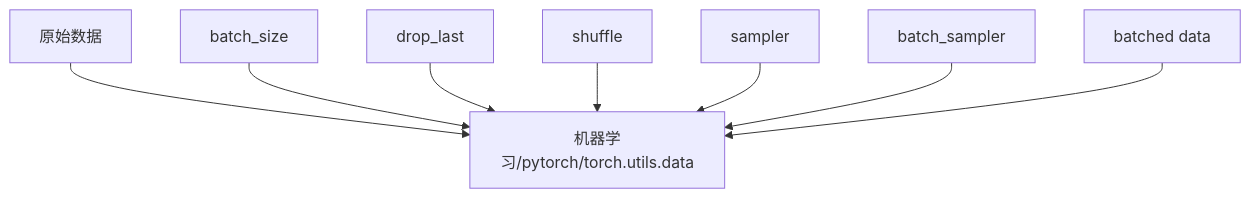
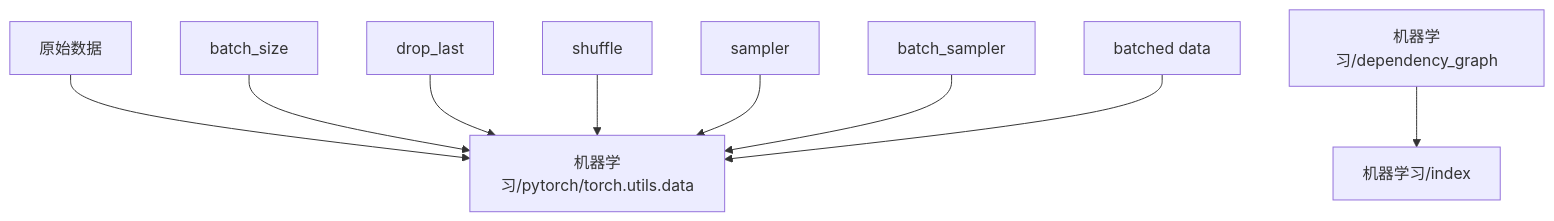
The diagram in content/机器学习/dependency_graph.md (zeroDtree/zeroDtree.github.io), drawn with Mermaid before and after one commit. The commit also changed 30 other files, not shown here.

````diff
--- a/content/机器学习/dependency_graph.md
+++ b/content/机器学习/dependency_graph.md
@@ -1,10 +1,11 @@
 ```mermaid
 graph TD
 1["原始数据"] --> 0["机器学习/pytorch/torch.utils.data"]
 2["batch_size"] --> 0["机器学习/pytorch/torch.utils.data"]
 3["drop_last"] --> 0["机器学习/pytorch/torch.utils.data"]
 4["shuffle"] --> 0["机器学习/pytorch/torch.utils.data"]
 5["sampler"] --> 0["机器学习/pytorch/torch.utils.data"]
 6["batch_sampler"] --> 0["机器学习/pytorch/torch.utils.data"]
 7["batched data"] --> 0["机器学习/pytorch/torch.utils.data"]
+9["机器学习/dependency_graph"] --> 8["机器学习/index"]
 ```
````
